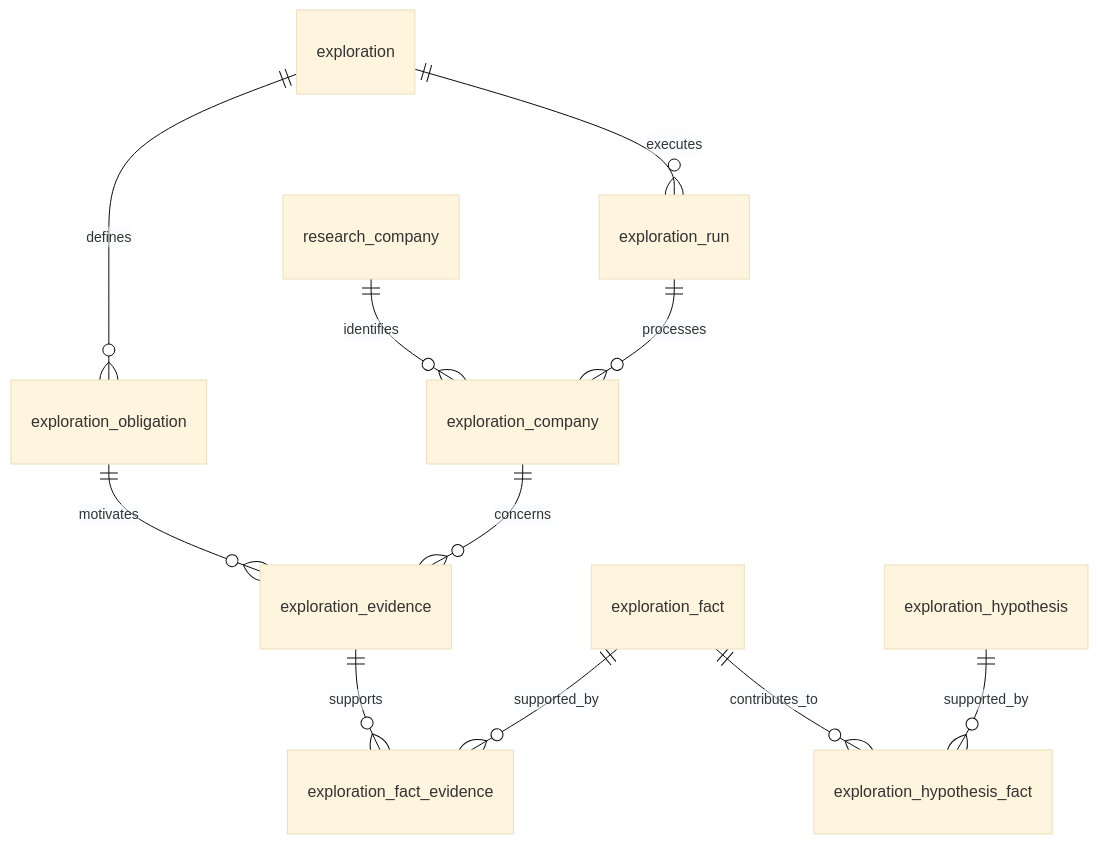
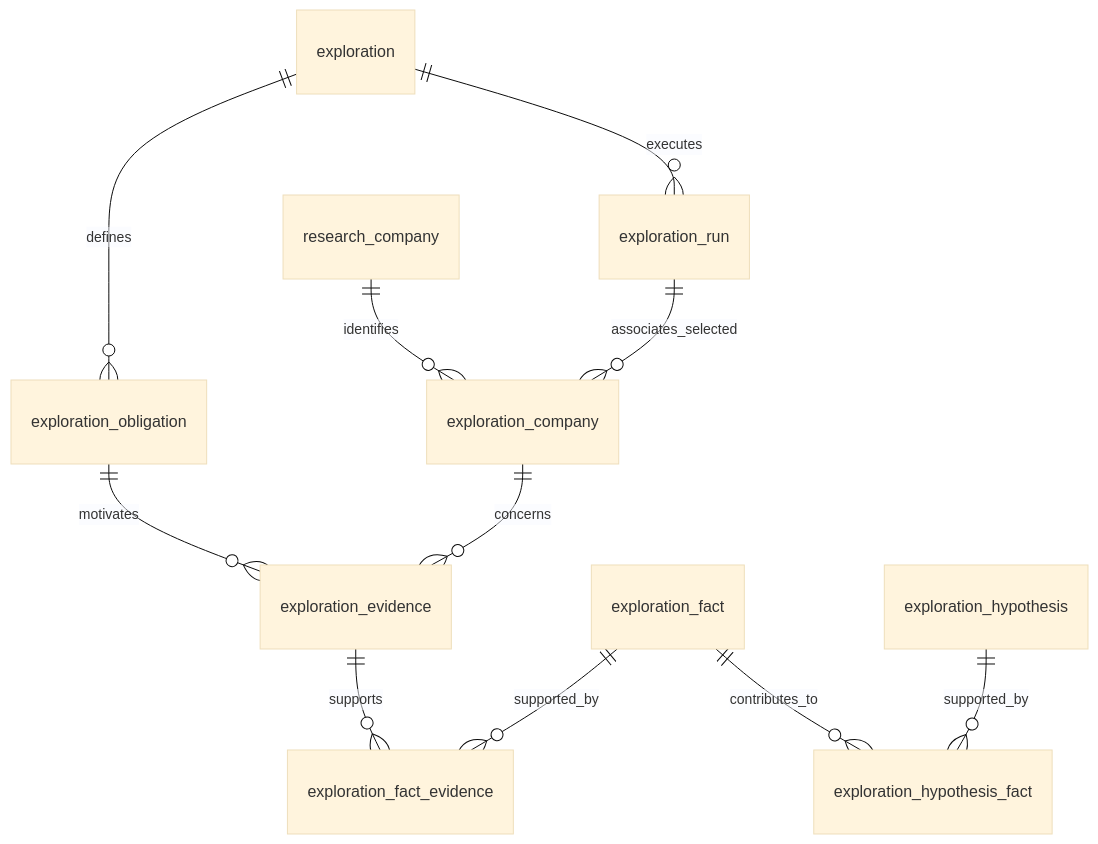
Before and after one commit to anthony-au1/virtual_company: the diagram in docs/database-schema.md, drawn with Mermaid (base theme). The commit also changed other lines of this file and 9 other files, not shown here.

````diff
--- a/docs/database-schema.md
+++ b/docs/database-schema.md
@@ -462,13 +478,13 @@
 ```mermaid
 erDiagram
     exploration ||--o{ exploration_obligation: defines
     exploration ||--o{ exploration_run: executes
-    exploration_run ||--o{ exploration_company: processes
+    exploration_run ||--o{ exploration_company: associates_selected
     research_company ||--o{ exploration_company: identifies
     exploration_company ||--o{ exploration_evidence: concerns
     exploration_obligation ||--o{ exploration_evidence: motivates
     exploration_fact ||--o{ exploration_fact_evidence: supported_by
     exploration_evidence ||--o{ exploration_fact_evidence: supports
     exploration_hypothesis ||--o{ exploration_hypothesis_fact: supported_by
     exploration_fact ||--o{ exploration_hypothesis_fact: contributes_to
 ```
````
